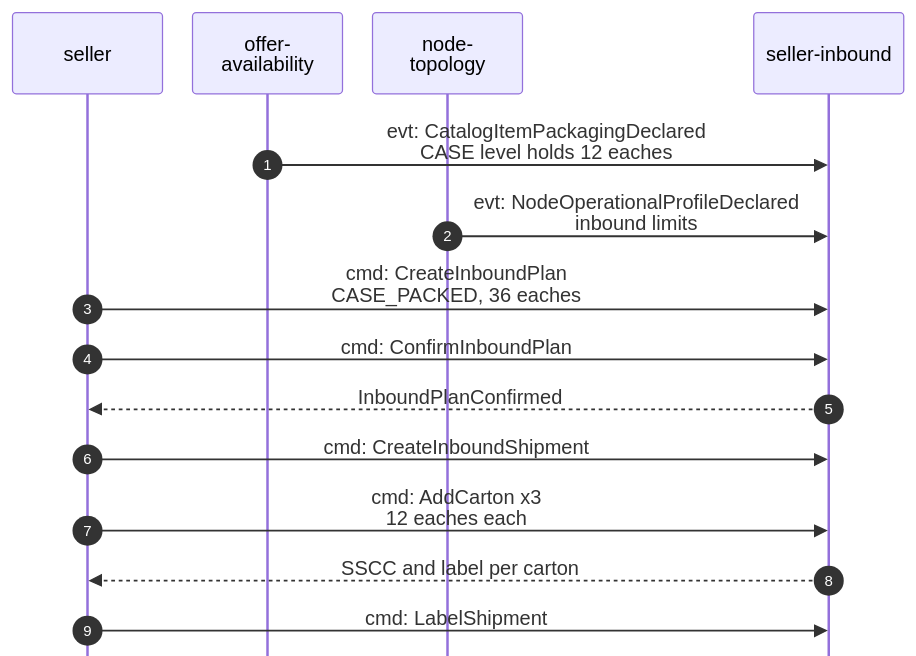
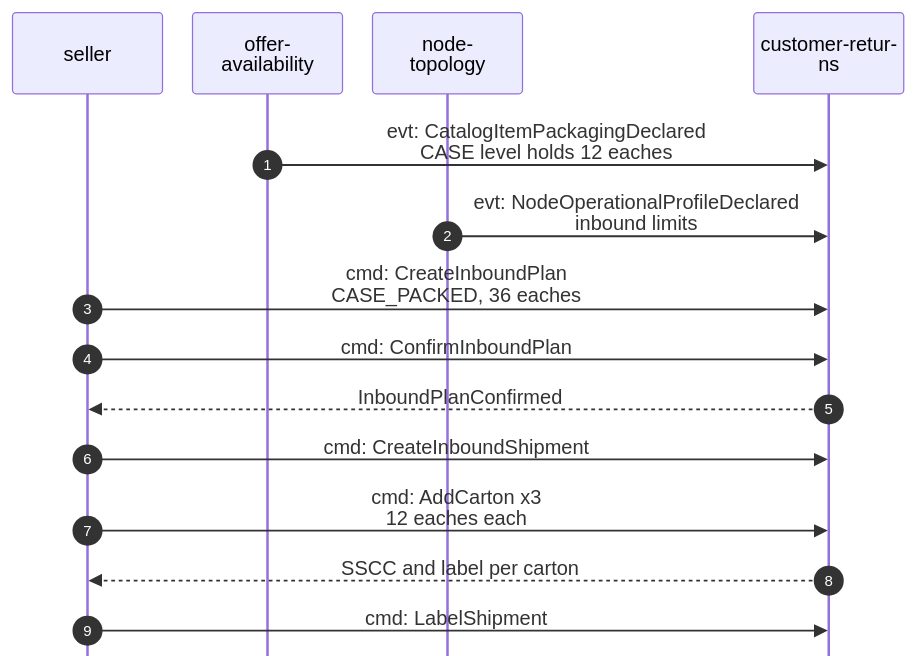
One commit to IQVO/customer-returns changed the first of 4 diagrams in docs/docs/ddd/domain-message-flow.md. Above: the diagram before and after it, drawn with Mermaid. The commit also changed other lines of this file and 138 other files, not shown here.

Commit message:
docs: the CloudEvents type catalogue lines, the CR docs site identity, chart sweep to the four consumer groups

````diff
--- a/docs/docs/ddd/domain-message-flow.md
+++ b/docs/docs/ddd/domain-message-flow.md
@@ -21,18 +21,18 @@
 ```mermaid
 %%{init: {"sequence": {"wrap": true, "width": 120, "actorMargin": 24, "messageMargin": 28, "boxMargin": 6, "noteMargin": 6, "mirrorActors": false}}}%%
 sequenceDiagram
     autonumber
     participant S as seller
     participant OA as offer-<br/>availability
     participant NT as node-<br/>topology
-    participant SI as seller-inbound
+    participant SI as customer-returns
     OA->>SI: evt: CatalogItemPackagingDeclared<br/>CASE level holds 12 eaches
     NT->>SI: evt: NodeOperationalProfileDeclared<br/>inbound limits
     S->>SI: cmd: CreateInboundPlan<br/>CASE_PACKED, 36 eaches
     S->>SI: cmd: ConfirmInboundPlan
     SI-->>S: InboundPlanConfirmed
     S->>SI: cmd: CreateInboundShipment
     S->>SI: cmd: AddCarton x3<br/>12 eaches each
     SI-->>S: SSCC and label per carton
     S->>SI: cmd: LabelShipment
 ```
````
